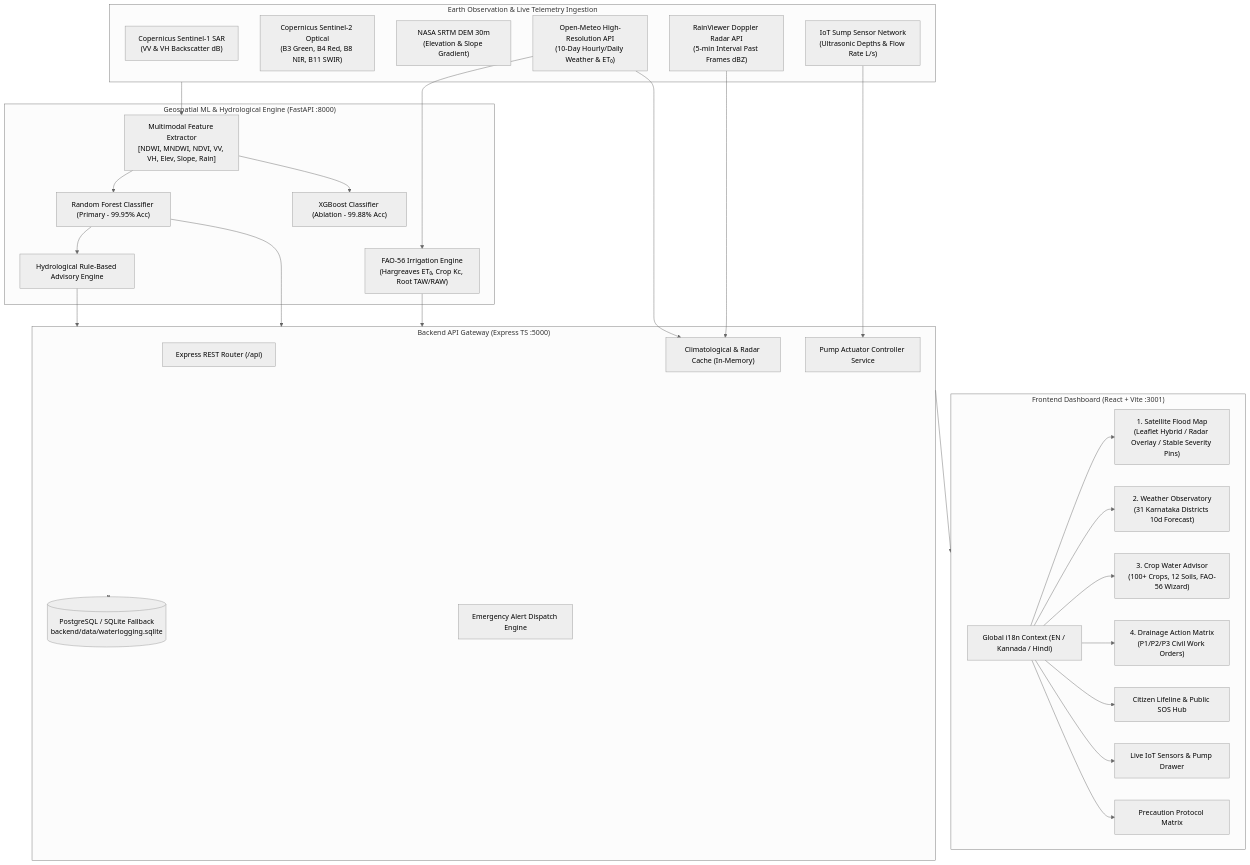
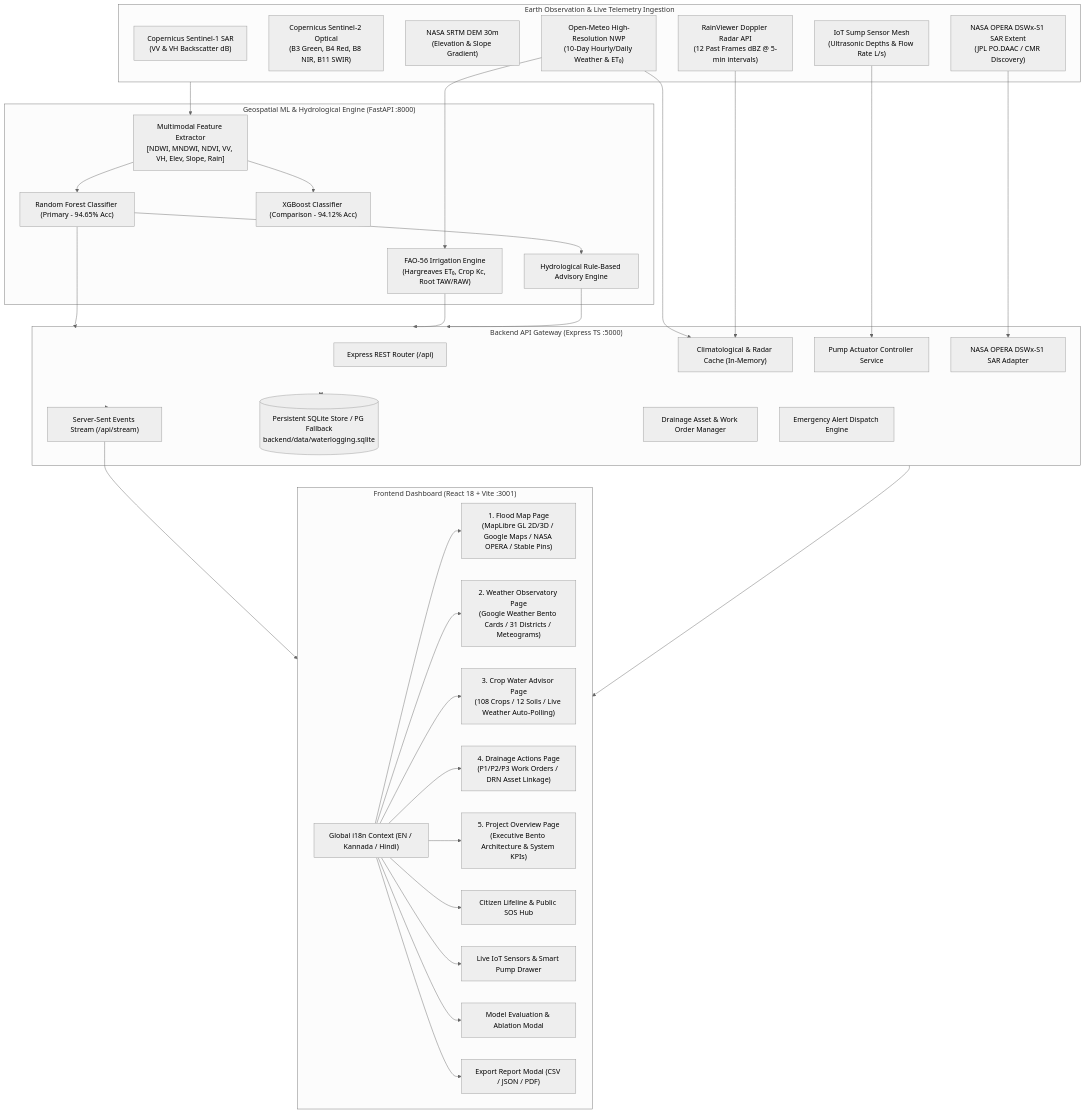
Before and after one commit to Pavan16904/waterlogging_jaladrishti: the first of 5 diagrams in TECHNICAL_DOCUMENT.md, drawn with Mermaid (neutral theme). The commit also changed other lines of this file, not shown here.

````diff
--- a/TECHNICAL_DOCUMENT.md
+++ b/TECHNICAL_DOCUMENT.md
@@ -24,54 +53,63 @@
 ```mermaid
 flowchart TB
     subgraph DataSources["Earth Observation & Live Telemetry Ingestion"]
         S1["Copernicus Sentinel-1 SAR<br/>(VV & VH Backscatter dB)"]
         S2["Copernicus Sentinel-2 Optical<br/>(B3 Green, B4 Red, B8 NIR, B11 SWIR)"]
         DEM["NASA SRTM DEM 30m<br/>(Elevation & Slope Gradient)"]
-        MET["Open-Meteo High-Resolution API<br/>(10-Day Hourly/Daily Weather & ET₀)"]
-        RADAR["RainViewer Doppler Radar API<br/>(5-min Interval Past Frames dBZ)"]
-        IOT["IoT Sump Sensor Network<br/>(Ultrasonic Depths & Flow Rate L/s)"]
+        OPERA["NASA OPERA DSWx-S1 SAR Extent<br/>(JPL PO.DAAC / CMR Discovery)"]
+        MET["Open-Meteo High-Resolution NWP<br/>(10-Day Hourly/Daily Weather & ET₀)"]
+        RADAR["RainViewer Doppler Radar API<br/>(12 Past Frames dBZ @ 5-min intervals)"]
+        IOT["IoT Sump Sensor Mesh<br/>(Ultrasonic Depths & Flow Rate L/s)"]
     end
 
     subgraph MLEngine["Geospatial ML & Hydrological Engine (FastAPI :8000)"]
         FE["Multimodal Feature Extractor<br/>[NDWI, MNDWI, NDVI, VV, VH, Elev, Slope, Rain]"]
-        RF["Random Forest Classifier (Primary - 99.95% Acc)"]
-        XGB["XGBoost Classifier (Ablation - 99.88% Acc)"]
+        RF["Random Forest Classifier (Primary - 94.65% Acc)"]
+        XGB["XGBoost Classifier (Comparison - 94.12% Acc)"]
         FAO["FAO-56 Irrigation Engine<br/>(Hargreaves ET₀, Crop Kc, Root TAW/RAW)"]
         DRAIN["Hydrological Rule-Based Advisory Engine"]
     end
 
     subgraph BackendGateway["Backend API Gateway (Express TS :5000)"]
         ROUTER["Express REST Router (/api)"]
+        SSE["Server-Sent Events Stream (/api/stream)"]
         CACHE["Climatological & Radar Cache (In-Memory)"]
-        DB[(PostgreSQL / SQLite Fallback<br/>backend/data/waterlogging.sqlite)]
+        DB[(Persistent SQLite Store / PG Fallback<br/>backend/data/waterlogging.sqlite)]
         PUMP_ACT["Pump Actuator Controller Service"]
+        DRAIN_MGR["Drainage Asset & Work Order Manager"]
         ALERT_ENG["Emergency Alert Dispatch Engine"]
+        OPERA_ADP["NASA OPERA DSWx-S1 SAR Adapter"]
     end
 
-    subgraph FrontendApp["Frontend Dashboard (React + Vite :3001)"]
+    subgraph FrontendApp["Frontend Dashboard (React 18 + Vite :3001)"]
         I18N["Global i18n Context (EN / Kannada / Hindi)"]
-        PAGE1["1. Satellite Flood Map<br/>(Leaflet Hybrid / Radar Overlay / Stable Severity Pins)"]
-        PAGE2["2. Weather Observatory<br/>(31 Karnataka Districts 10d Forecast)"]
-        PAGE3["3. Crop Water Advisor<br/>(100+ Crops, 12 Soils, FAO-56 Wizard)"]
-        PAGE4["4. Drainage Action Matrix<br/>(P1/P2/P3 Civil Work Orders)"]
+        PAGE1["1. Flood Map Page<br/>(MapLibre GL 2D/3D / Google Maps / NASA OPERA / Stable Pins)"]
+        PAGE2["2. Weather Observatory Page<br/>(Google Weather Bento Cards / 31 Districts / Meteograms)"]
+        PAGE3["3. Crop Water Advisor Page<br/>(108 Crops / 12 Soils / Live Weather Auto-Polling)"]
+        PAGE4["4. Drainage Actions Page<br/>(P1/P2/P3 Work Orders / DRN Asset Linkage)"]
+        PAGE5["5. Project Overview Page<br/>(Executive Bento Architecture & System KPIs)"]
         MODAL1["Citizen Lifeline & Public SOS Hub"]
-        MODAL2["Live IoT Sensors & Pump Drawer"]
-        MODAL3["Precaution Protocol Matrix"]
+        MODAL2["Live IoT Sensors & Smart Pump Drawer"]
+        MODAL3["Model Evaluation & Ablation Modal"]
+        MODAL4["Export Report Modal (CSV / JSON / PDF)"]
     end
 
     DataSources --> FE
     FE --> RF
     FE --> XGB
     RF --> DRAIN
     MET --> FAO
     MET --> CACHE
     RADAR --> CACHE
+    OPERA --> OPERA_ADP
     IOT --> PUMP_ACT
     
     RF --> BackendGateway
     FAO --> BackendGateway
     DRAIN --> BackendGateway
     BackendGateway <--> DB
+    BackendGateway --> SSE
+    SSE --> FrontendApp
     BackendGateway --> FrontendApp
-    I18N --> PAGE1 & PAGE2 & PAGE3 & PAGE4 & MODAL1 & MODAL2 & MODAL3
+    I18N --> PAGE1 & PAGE2 & PAGE3 & PAGE4 & PAGE5 & MODAL1 & MODAL2 & MODAL3 & MODAL4
 ```
````
